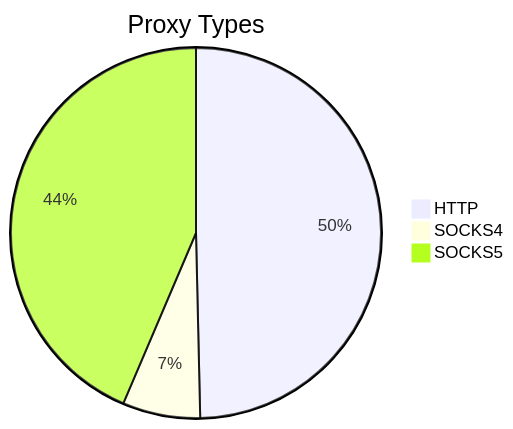
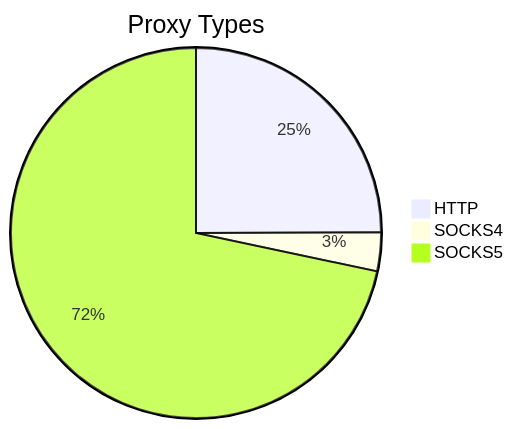
One commit to stormsia/proxy-list changed the first of 2 diagrams in README.md. Above: the diagram before and after it, drawn with Mermaid. The commit also changed other lines of this file, not shown here.

````diff
--- a/README.md
+++ b/README.md
@@ -21,6 +21,6 @@
 ```mermaid
 pie title Proxy Types
-    "HTTP" : 205
-    "SOCKS4" : 28
-    "SOCKS5" : 180
+    "HTTP" : 302
+    "SOCKS4" : 41
+    "SOCKS5" : 868
 ```
````
